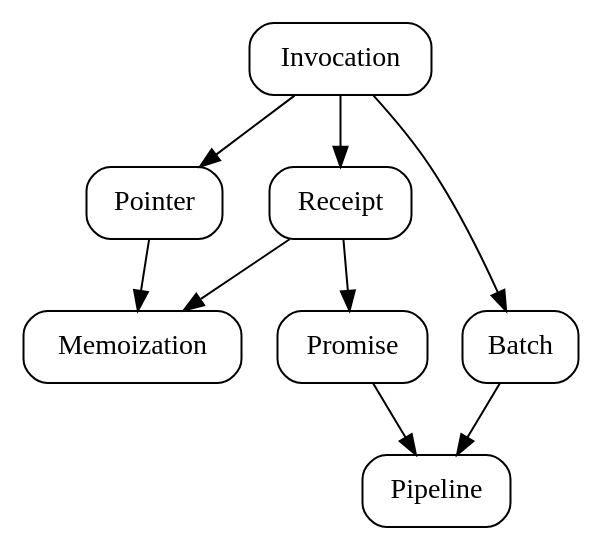
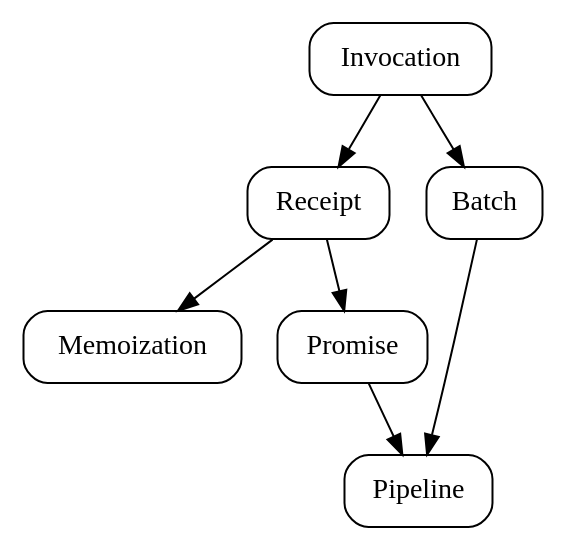
Before and after one commit to ucan-wg/invocation: the diagram in diagrams/concepts.dot, drawn with Graphviz. The commit also changed 1 other file, not shown here.

```diff
--- a/diagrams/concepts.dot
+++ b/diagrams/concepts.dot
@@ -1,11 +1,11 @@
 digraph {
     node [
-      style=rounded
-      shape=box
+      style = rounded
+      shape = box
     ]
 
-    Invocation -> Pointer -> Memoization
     Receipt -> Memoization
     Invocation -> Receipt -> Promise -> Pipeline
     Invocation -> Batch -> Pipeline
+ //   Batch -> BatchReceipt
 }
```
